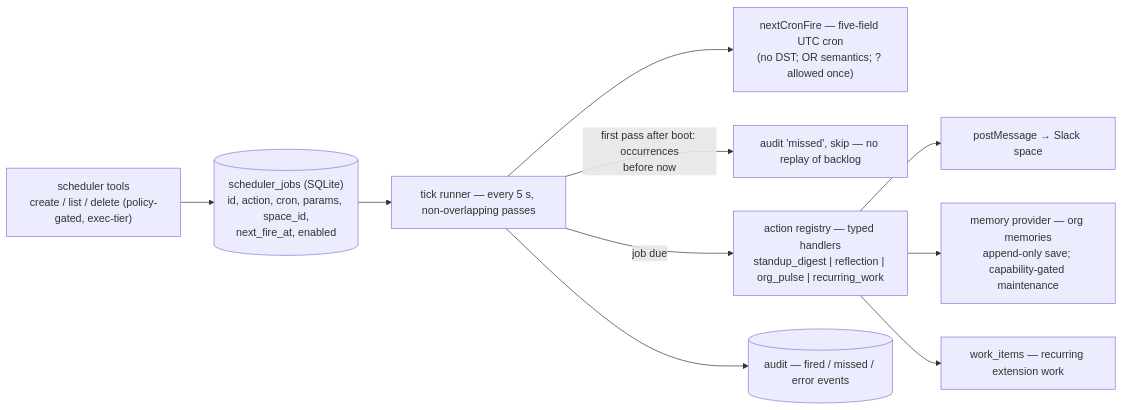
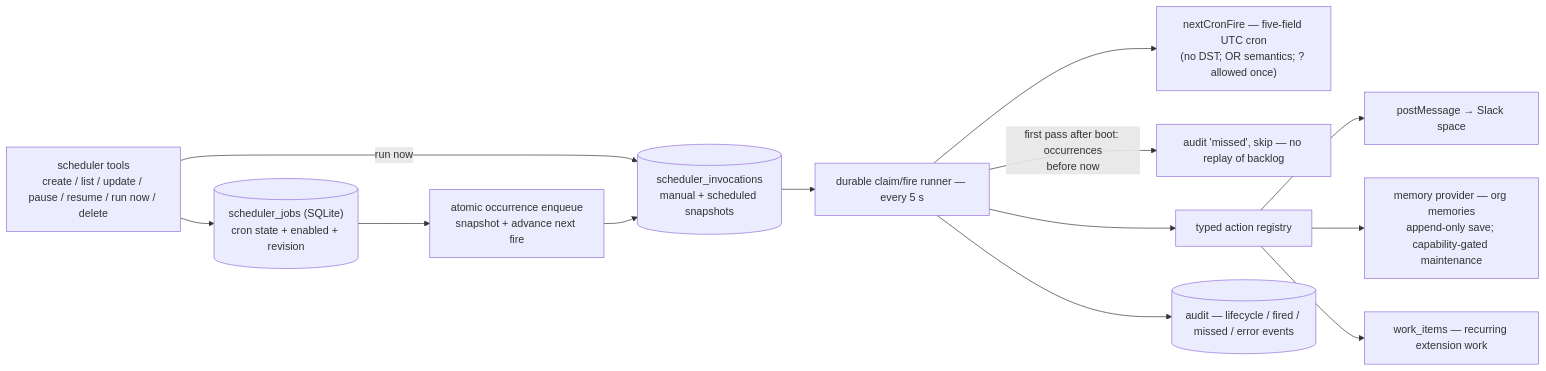
Before and after one commit to serrrfirat/bottega: diagram 11 of 15 in architecture.md, drawn with Mermaid. The commit also changed other lines of this file and 27 other files, not shown here.

Commit message:
feat(scheduler): added complete lifecycle controls (#308)

````diff
--- a/architecture.md
+++ b/architecture.md
@@ -714,13 +714,16 @@
 ```mermaid
 flowchart LR
-    TOOL["scheduler tools<br/>create / list / delete (policy-gated, exec-tier)"]
-    TOOL --> DB[("scheduler_jobs (SQLite)<br/>id, action, cron, params, space_id,<br/>next_fire_at, enabled")]
-    DB --> RUN["tick runner — every 5 s, non-overlapping passes"]
+    TOOL["scheduler tools<br/>create / list / update / pause / resume / run now / delete"]
+    TOOL --> DB[("scheduler_jobs (SQLite)<br/>cron state + enabled + revision")]
+    DB --> ENQ["atomic occurrence enqueue<br/>snapshot + advance next fire"]
+    TOOL -- "run now" --> INV[("scheduler_invocations<br/>manual + scheduled snapshots")]
+    ENQ --> INV
+    INV --> RUN["durable claim/fire runner — every 5 s"]
     RUN --> CRON["nextCronFire — five-field UTC cron<br/>(no DST; OR semantics; ? allowed once)"]
     RUN -- "first pass after boot: occurrences<br/>before now" --> MISS["audit 'missed', skip — no replay of backlog"]
-    RUN -- "job due" --> ACT["action registry — typed handlers<br/>standup_digest | reflection | org_pulse | recurring_work"]
+    RUN --> ACT["typed action registry"]
     ACT --> POST["postMessage → Slack space"]
     ACT --> MEM["memory provider — org memories<br/>append-only save; capability-gated maintenance"]
     ACT --> WI["work_items — recurring extension work"]
-    RUN --> AUD[("audit — fired / missed / error events")]
+    RUN --> AUD[("audit — lifecycle / fired / missed / error events")]
 ```
````
